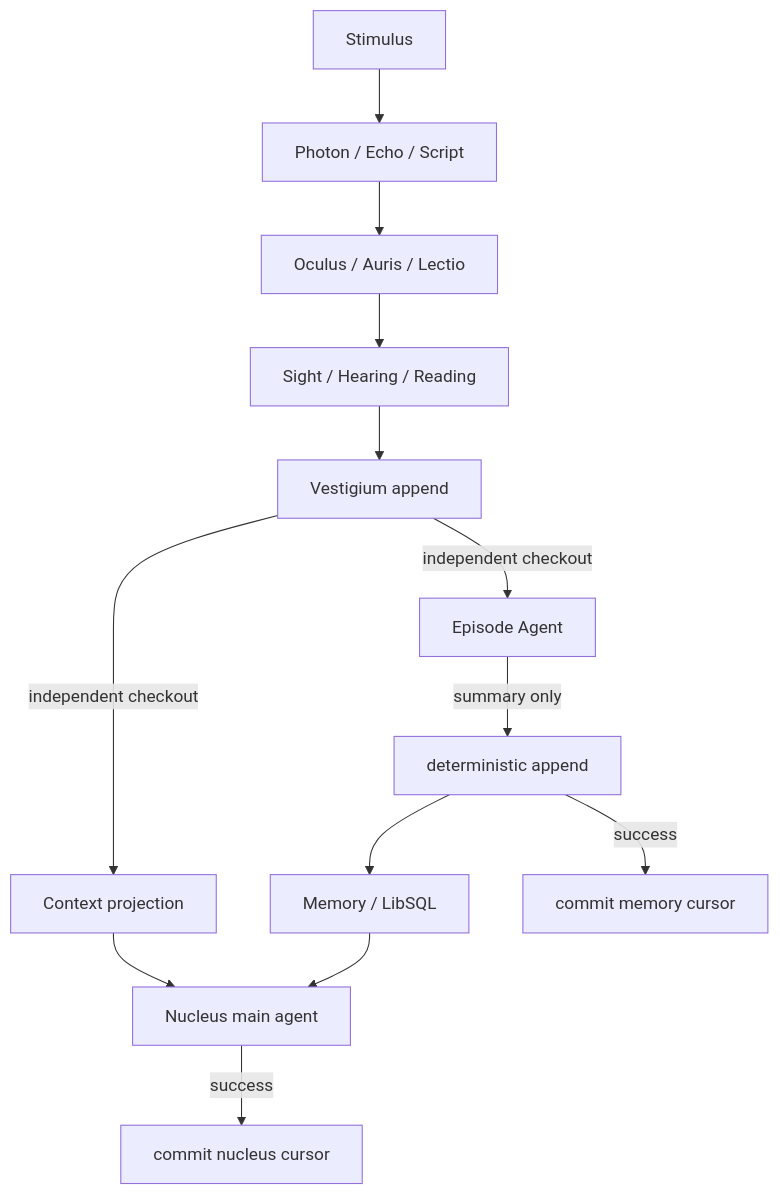
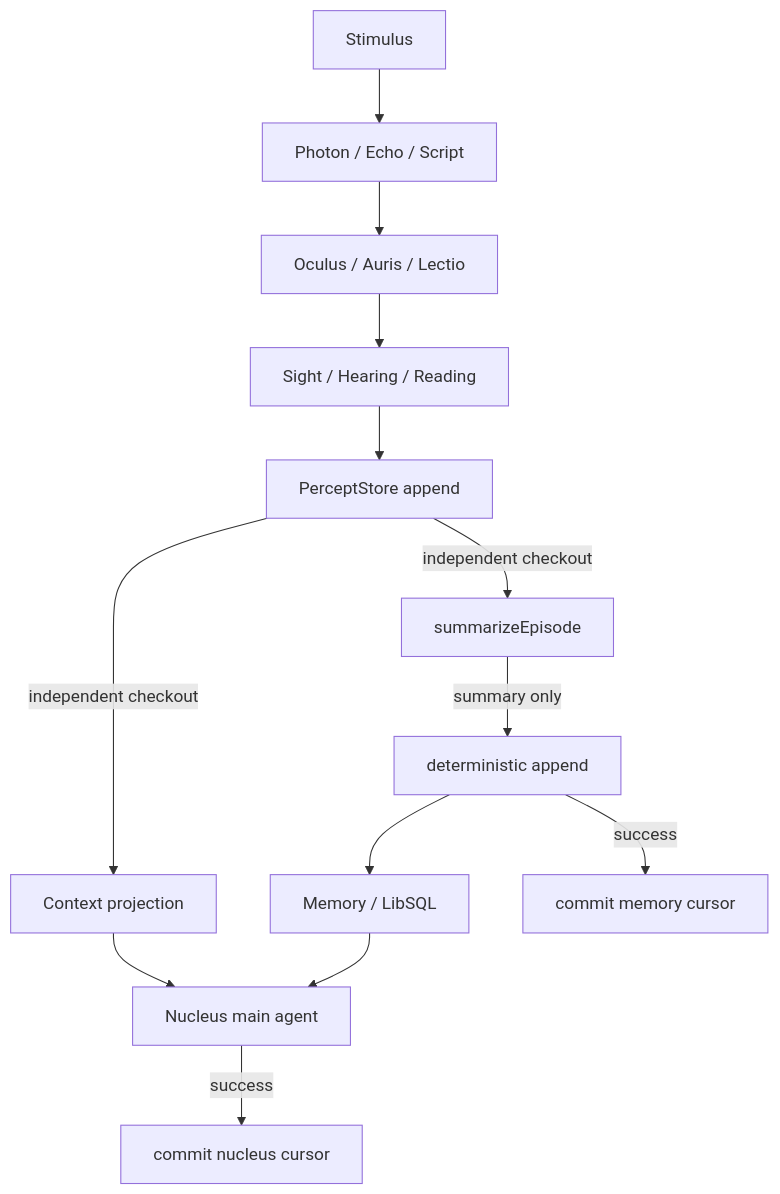
One commit to YanChenBai/ciel changed the diagram in packages/core/README.md. Above: the diagram before and after it, drawn with Mermaid. The commit also changed other lines of this file and 33 other files, not shown here.

Commit message:
refactor(core): restructure perception and memory flow

````diff
--- a/packages/core/README.md
+++ b/packages/core/README.md
@@ -49,17 +49,17 @@
 ```mermaid
 flowchart TD
   Stimulus --> Signals["Photon / Echo / Script"]
   Signals --> Sensus["Oculus / Auris / Lectio"]
   Sensus --> Percepts["Sight / Hearing / Reading"]
-  Percepts --> Vestigium["Vestigium append"]
+  Percepts --> PerceptStore["PerceptStore append"]
 
-  Vestigium -->|"independent checkout"| Context["Context projection"]
+  PerceptStore -->|"independent checkout"| Context["Context projection"]
   Context --> Nucleus["Nucleus main agent"]
   Memory --> Nucleus
   Nucleus -->|"success"| NucleusCommit["commit nucleus cursor"]
 
-  Vestigium -->|"independent checkout"| EpisodeAgent["Episode Agent"]
-  EpisodeAgent -->|"summary only"| Coordinator["deterministic append"]
+  PerceptStore -->|"independent checkout"| Summarizer["summarizeEpisode"]
+  Summarizer -->|"summary only"| Coordinator["deterministic append"]
   Coordinator --> Memory["Memory / LibSQL"]
   Coordinator -->|"success"| MemoryCommit["commit memory cursor"]
 ```
````
